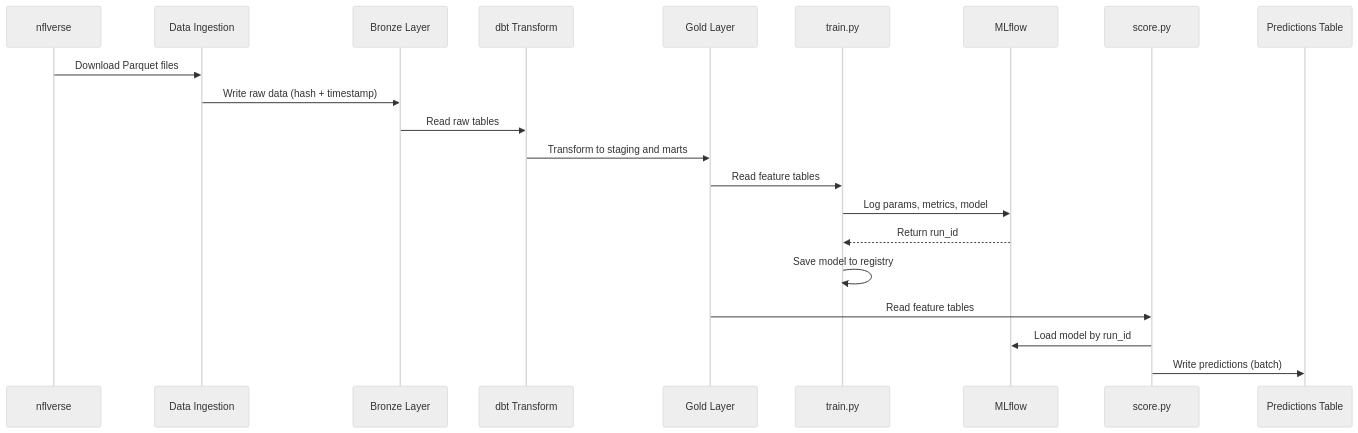
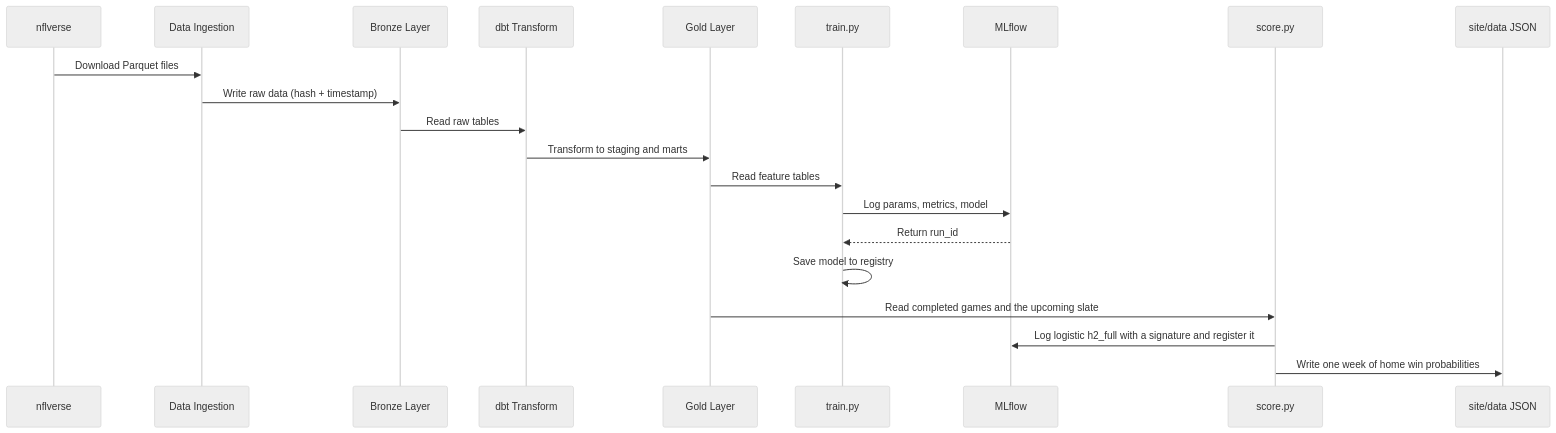
The diagram in docs/architecture.md (carloshgalvan95/endzone-mlops), drawn with Mermaid (neutral theme) before and after one commit. The commit also changed other lines of this file and 7 other files, not shown here.

````diff
--- a/docs/architecture.md
+++ b/docs/architecture.md
@@ -177,24 +177,24 @@
 ```mermaid
 sequenceDiagram
     participant NFL as nflverse
     participant Ingest as Data Ingestion
     participant Bronze as Bronze Layer
     participant dbt as dbt Transform
     participant Gold as Gold Layer
     participant Train as train.py
     participant MLflow as MLflow
     participant Score as score.py
-    participant Pred as Predictions Table
+    participant Pred as site/data JSON
 
     NFL->>Ingest: Download Parquet files
     Ingest->>Bronze: Write raw data (hash + timestamp)
     Bronze->>dbt: Read raw tables
     dbt->>Gold: Transform to staging and marts
     Gold->>Train: Read feature tables
     Train->>MLflow: Log params, metrics, model
     MLflow-->>Train: Return run_id
     Train->>Train: Save model to registry
-    Gold->>Score: Read feature tables
-    Score->>MLflow: Load model by run_id
-    Score->>Pred: Write predictions (batch)
+    Gold->>Score: Read completed games and the upcoming slate
+    Score->>MLflow: Log logistic h2_full with a signature and register it
+    Score->>Pred: Write one week of home win probabilities
 ```
````
